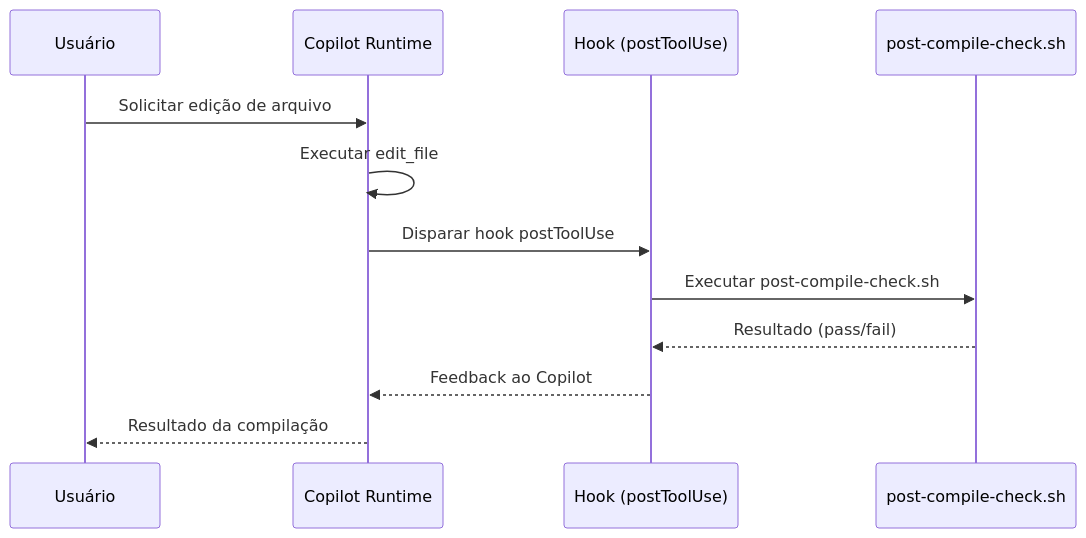
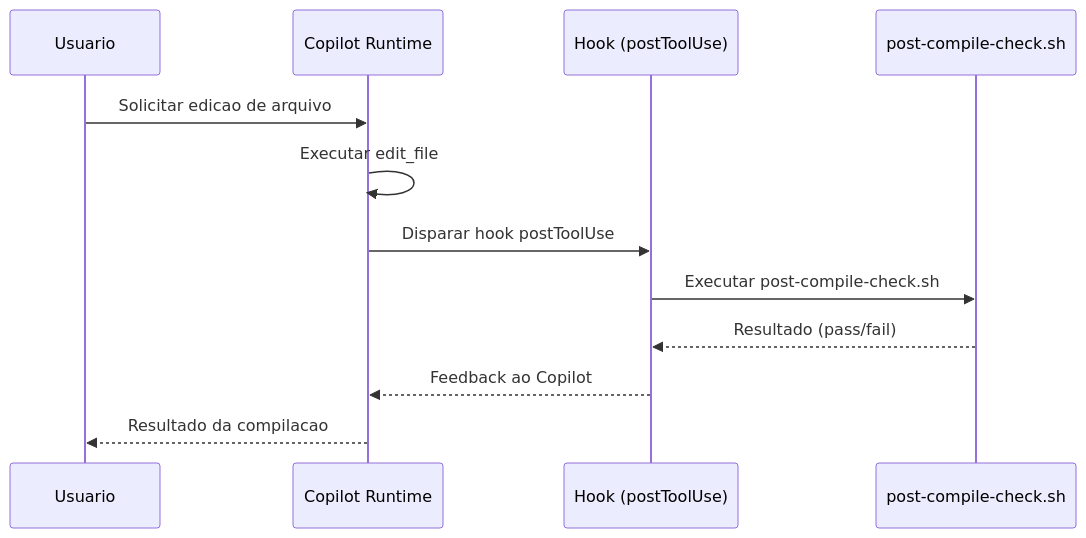
The second of 2 diagrams in docs/stories/github-structure/STORY-011.md (edercnj/ia-dev-environment), drawn with Mermaid before and after one commit. The commit also changed other lines of this file and 64 other files, not shown here.

````diff
--- a/docs/stories/github-structure/STORY-011.md
+++ b/docs/stories/github-structure/STORY-011.md
@@ -93,15 +153,15 @@
 ```mermaid
 sequenceDiagram
-    participant U as Usuário
+    participant U as Usuario
     participant C as Copilot Runtime
     participant H as Hook (postToolUse)
     participant S as post-compile-check.sh
 
-    U->>C: Solicitar edição de arquivo
+    U->>C: Solicitar edicao de arquivo
     C->>C: Executar edit_file
     C->>H: Disparar hook postToolUse
     H->>S: Executar post-compile-check.sh
     S-->>H: Resultado (pass/fail)
     H-->>C: Feedback ao Copilot
-    C-->>U: Resultado da compilação
+    C-->>U: Resultado da compilacao
 ```
````
